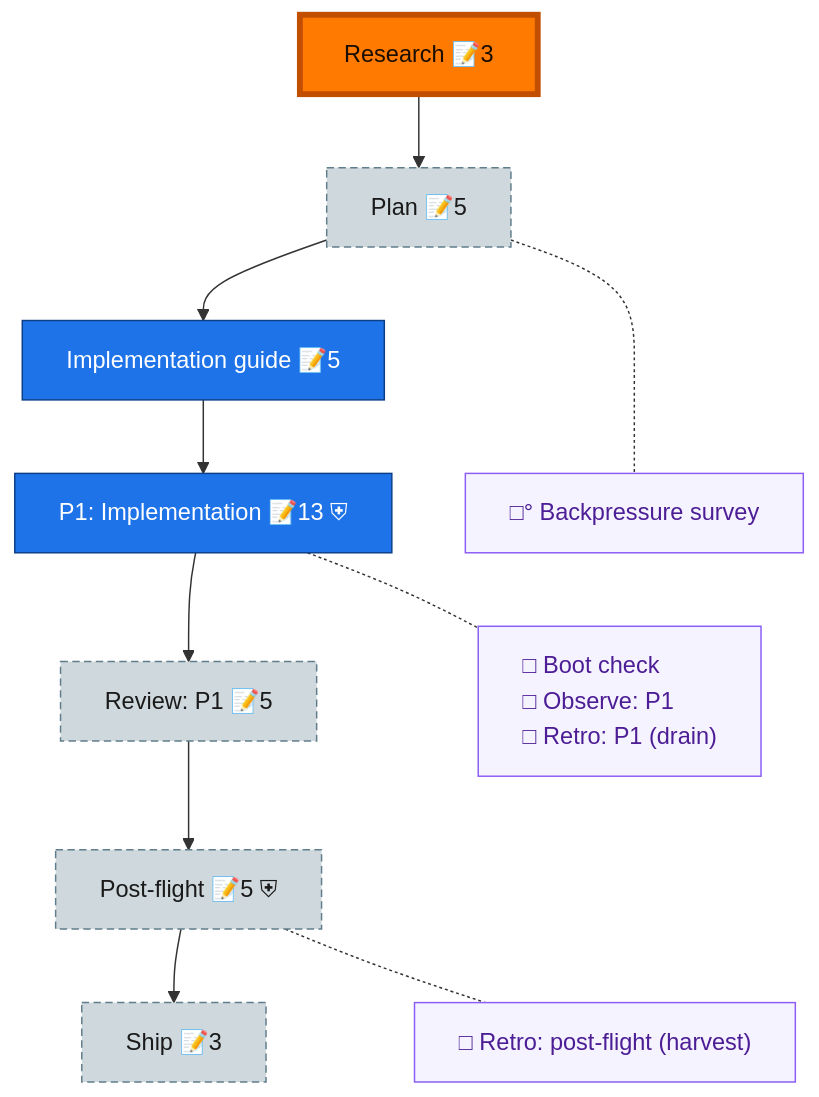
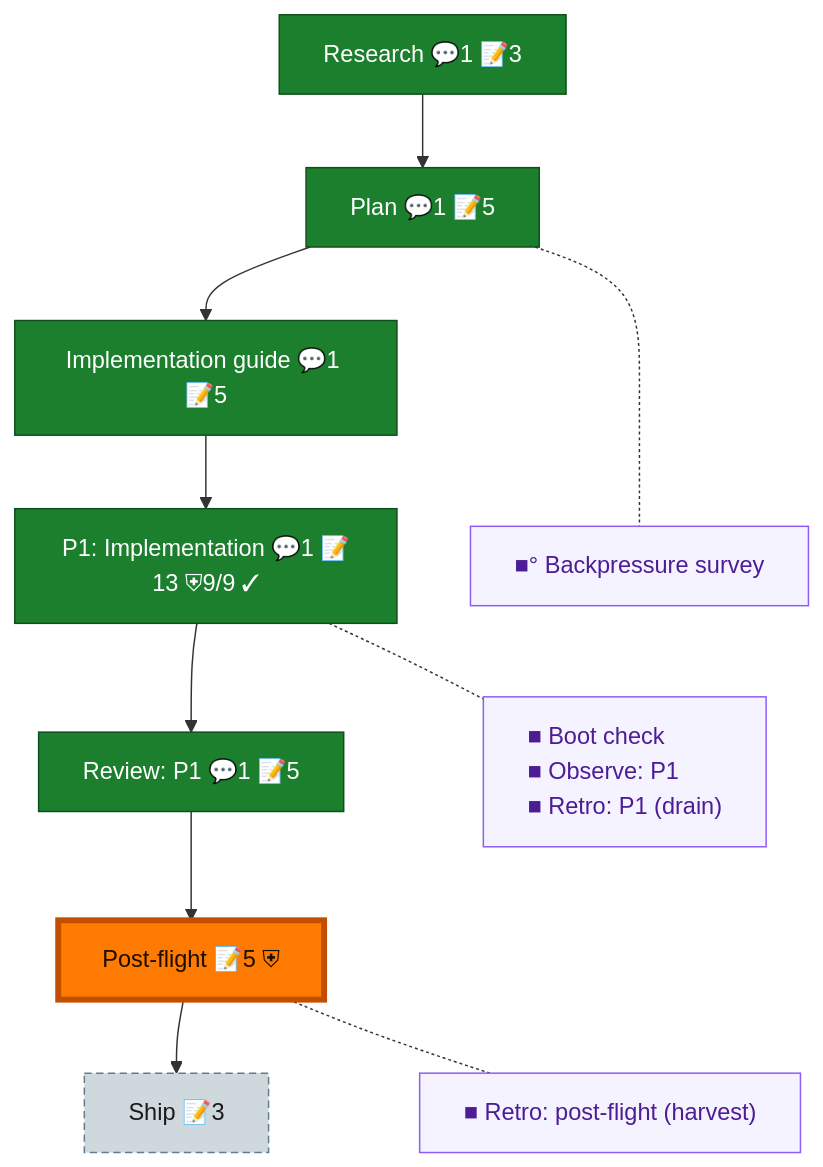
Before and after one commit to AI-Substrate/Unisphere: the diagram in docs/plans/010-native-adapters/the-flow.md, drawn with Mermaid. The commit also changed other lines of this file and 20 other files, not shown here.

````diff
--- a/docs/plans/010-native-adapters/the-flow.md
+++ b/docs/plans/010-native-adapters/the-flow.md
@@ -8,31 +8,31 @@
 ```mermaid
 flowchart TD
-    research["Research 📝3"]:::wip
-    plan["Plan 📝5"]:::assumed
-    impl_guide["Implementation guide 📝5"]:::known
-    phase_1["P1: Implementation 📝13 ⛨"]:::known
-    review_1["Review: P1 📝5"]:::assumed
-    post_flight["Post-flight 📝5 ⛨"]:::assumed
+    research["Research 💬1 📝3"]:::done
+    plan["Plan 💬1 📝5"]:::done
+    impl_guide["Implementation guide 💬1 📝5"]:::done
+    phase_1["P1: Implementation 💬1 📝13 ⛨9/9 ✓"]:::done
+    review_1["Review: P1 💬1 📝5"]:::done
+    post_flight["Post-flight 📝5 ⛨"]:::wip
     ship["Ship 📝3"]:::assumed
 
     research --> plan --> impl_guide --> phase_1 --> review_1 --> post_flight --> ship
 
-    planC["□° Backpressure survey"]:::chore
-    phase_1C["□ Boot check<br/>□ Observe: P1<br/>□ Retro: P1 (drain)"]:::chore
-    post_flightC["□ Retro: post-flight (harvest)"]:::chore
+    planC["■° Backpressure survey"]:::chore
+    phase_1C["■ Boot check<br/>■ Observe: P1<br/>■ Retro: P1 (drain)"]:::chore
+    post_flightC["■ Retro: post-flight (harvest)"]:::chore
 
     %% invisible chain holds the gutter boxes in their own column
     planC ~~~ phase_1C ~~~ post_flightC
 
     %% dotted links pull each gutter box beside its node
     plan -.- planC
     phase_1 -.- phase_1C
     post_flight -.- post_flightC
 
+    classDef done fill:#1B7F2E,stroke:#0F4F1B,color:#fff;
     classDef wip fill:#43C04A,stroke:#1B7F2E,color:#04210A;
-    classDef known fill:#1E73E8,stroke:#0D3F86,color:#fff;
     classDef assumed fill:#CFD8DC,stroke:#607D8B,color:#1a1a1a,stroke-dasharray:5 3;
     classDef chore fill:#f5f3ff,stroke:#8b5cf6,color:#4c1d95,text-align:left;
     classDef current fill:#FF7A00,stroke:#C24E00,color:#1a0e00,stroke-width:4px;
-    class research current;
+    class post_flight current;
 ```
````
